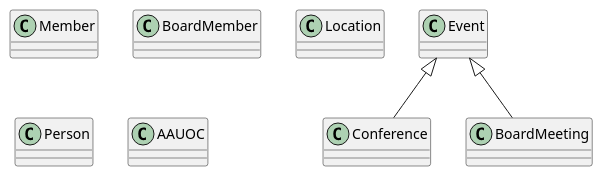
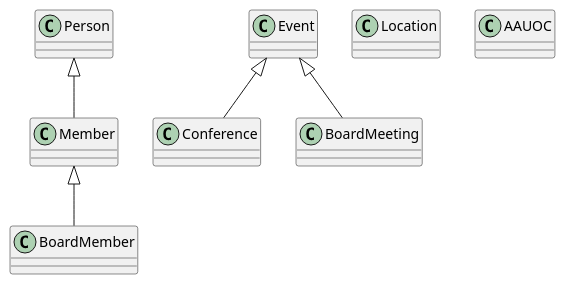
The diagram in UMLClases_CND/UMLClases_CND.puml (carniedom/UMLClases_CarmeloNietoDomene), drawn with PlantUML before and after one commit.

Commit message:
Jerarquia miembros

```diff
--- a/UMLClases_CND/UMLClases_CND.puml
+++ b/UMLClases_CND/UMLClases_CND.puml
@@ -1,28 +1,31 @@
 @startuml
 class Member{
 }
 
 class BoardMember{
 }
 
 class Event{
 }
 
 class Conference{
 }
 
 class BoardMeeting{
 }
 
 class Location{
 }
 
 class Person{
 }
 
 class AAUOC{
 }
 
 Event <|-- Conference
 Event <|-- BoardMeeting
+
+Person <|-- Member
+Member <|-- BoardMember
 @enduml
```
